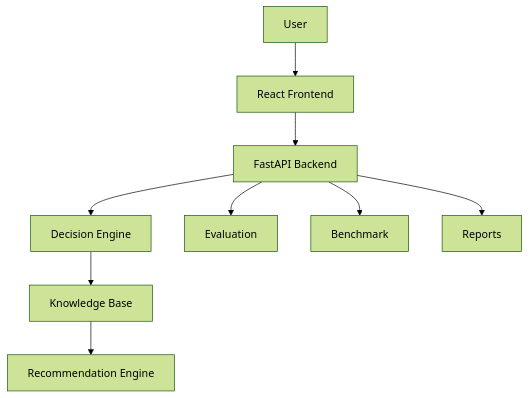
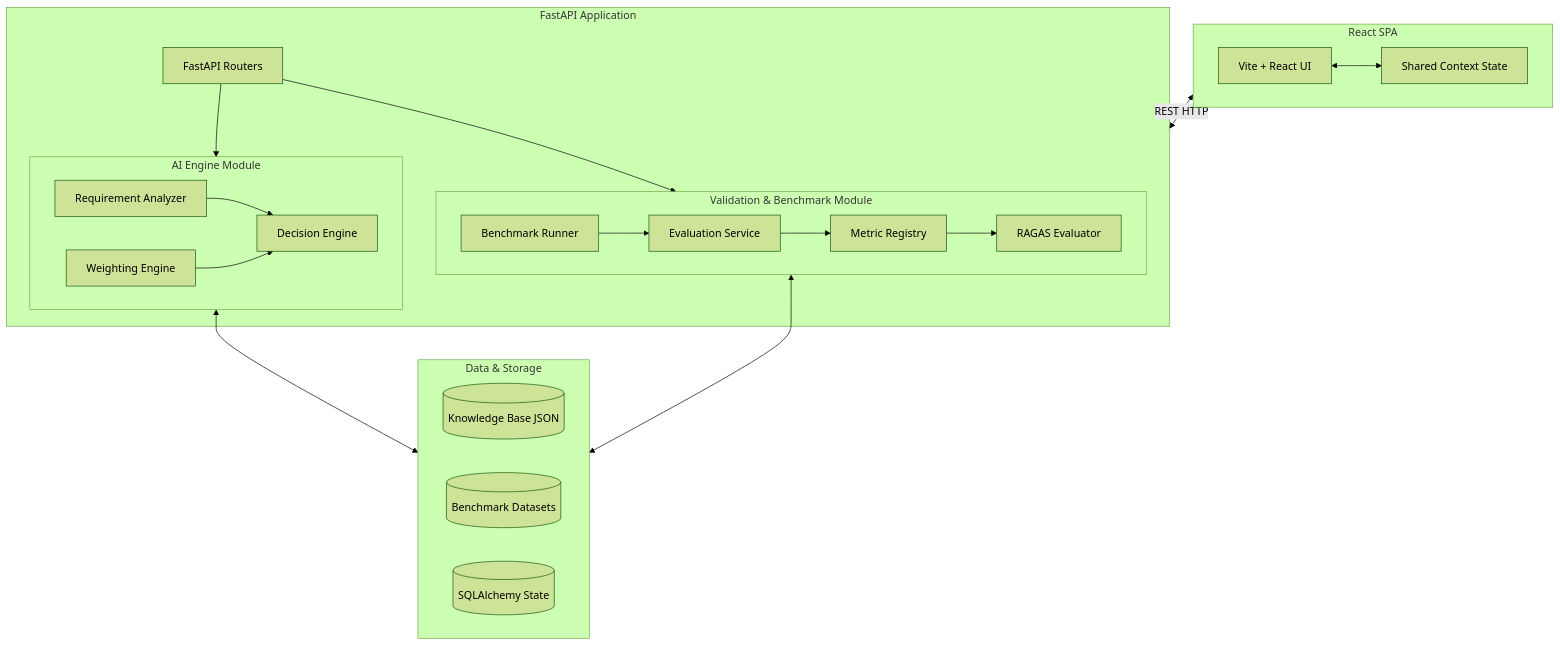
One commit to somiya-namdeo/Forge changed the first of 2 diagrams in README.md. Above: the diagram before and after it, drawn with Mermaid (forest theme). The commit also changed other lines of this file, not shown here.

````diff
--- a/README.md
+++ b/README.md
@@ -79,13 +82,44 @@
 ```mermaid
-flowchart TD
-    A[User] --> B[React Frontend]
-    B --> C[FastAPI Backend]
-    
-    C --> D[Decision Engine]
-    C --> G[Evaluation]
-    C --> H[Benchmark]
-    C --> I[Reports]
-    
-    D --> E[Knowledge Base]
-    E --> F[Recommendation Engine]
+flowchart TB
+    subgraph Frontend [React SPA]
+        UI[Vite + React UI]
+        State[Shared Context State]
+        UI <--> State
+    end
+
+    subgraph Backend [FastAPI Application]
+        API[FastAPI Routers]
+        
+        subgraph AI_Engine [AI Engine Module]
+            DE[Decision Engine]
+            RA[Requirement Analyzer]
+            WE[Weighting Engine]
+            RA --> DE
+            WE --> DE
+        end
+        
+        subgraph Validation_Layer [Validation & Benchmark Module]
+            EE[Evaluation Service]
+            RM[Metric Registry]
+            RAGAS[RAGAS Evaluator]
+            BR[Benchmark Runner]
+            
+            EE --> RM
+            RM --> RAGAS
+            BR --> EE
+        end
+        
+        API --> AI_Engine
+        API --> Validation_Layer
+    end
+
+    subgraph Data_Layer [Data & Storage]
+        KB[(Knowledge Base JSON)]
+        DS[(Benchmark Datasets)]
+        DB[(SQLAlchemy State)]
+    end
+
+    Frontend <--> |REST HTTP| Backend
+    AI_Engine <--> Data_Layer
+    Validation_Layer <--> Data_Layer
 ```
````
